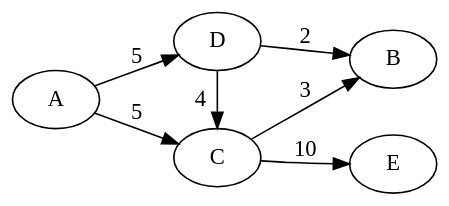
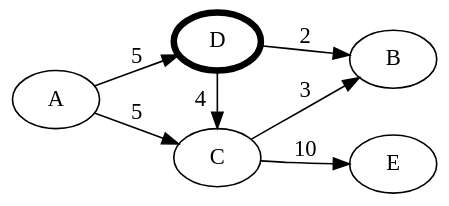
The diagram in presentations/AtheCrypt10-1-2017/figures/afterTurn.dot (decrypto-org/TrustIsRisk), drawn with Graphviz before and after one commit. The commit also changed 4 other files, not shown here.

```diff
--- a/presentations/AtheCrypt10-1-2017/figures/afterTurn.dot
+++ b/presentations/AtheCrypt10-1-2017/figures/afterTurn.dot
@@ -1,11 +1,12 @@
 digraph G {
   graph [bgcolor=transparent]
   rankdir=LR;
+  D [penwidth="4"];
   A -> C [label="5"];
   C -> B [label="3"];
   C -> E [label="10"];
   A -> D [label="5"];
   D -> B [label="2"];
   D -> C [label="4"];
   {D C rank=same;}
 }
```
